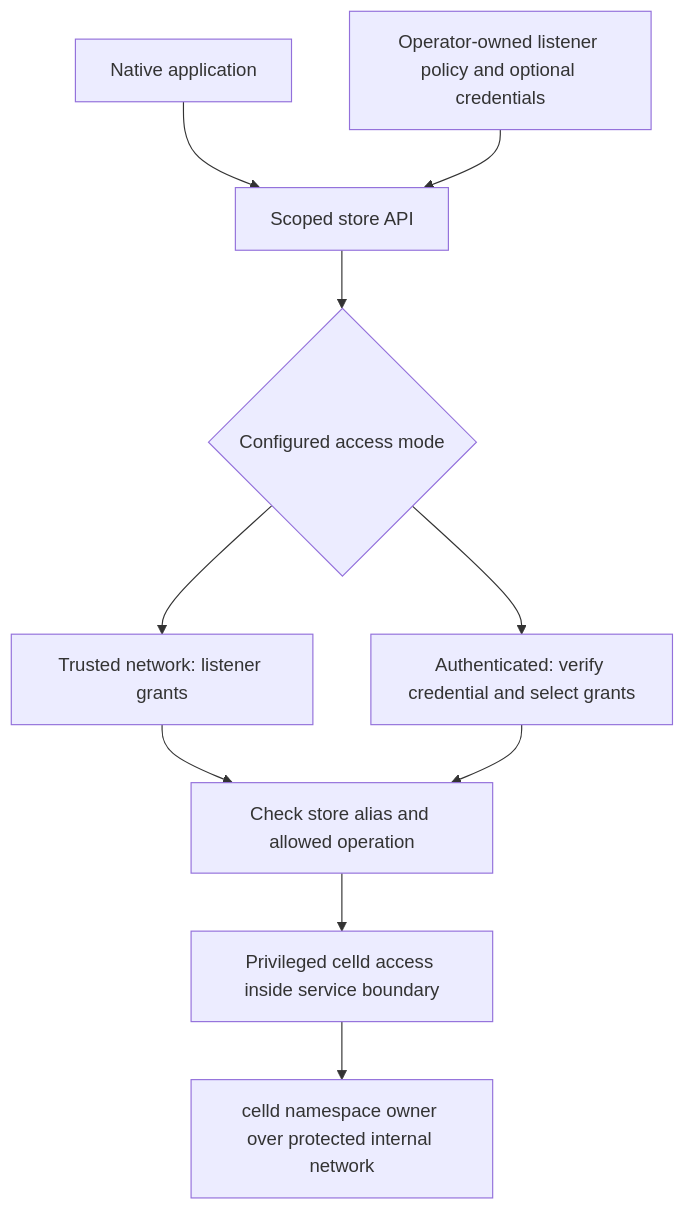
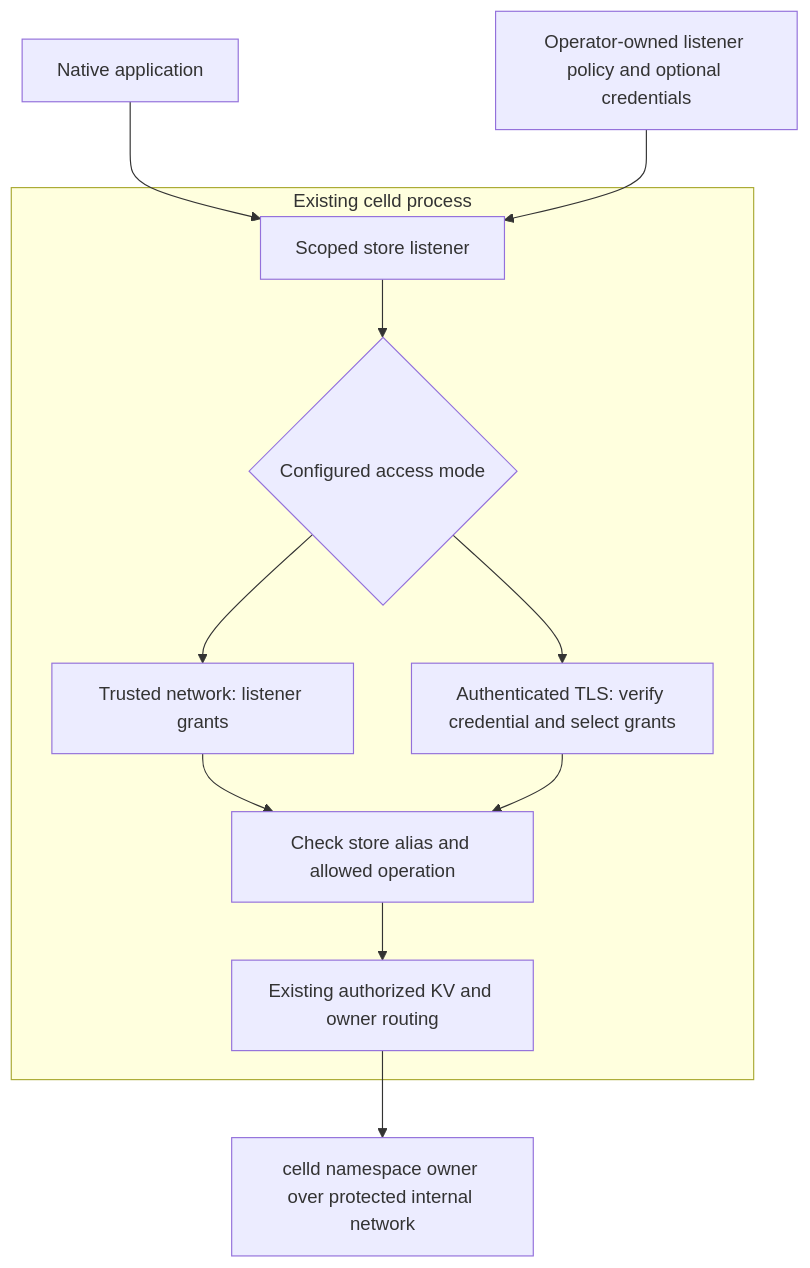
The first of 2 diagrams in docs/superpowers/specs/2026-10-15-native-celld-store-providers-design.md (IABTechLab/edgezero), drawn with Mermaid before and after one commit. The commit also changed other lines of this file and 1 other file, not shown here.

Commit message:
docs: record embedded celld API implementation and proof

````diff
--- a/docs/superpowers/specs/2026-10-15-native-celld-store-providers-design.md
+++ b/docs/superpowers/specs/2026-10-15-native-celld-store-providers-design.md
@@ -53,12 +55,14 @@
 ```mermaid
 flowchart TD
-    App[Native application] --> API[Scoped store API]
-    API --> Mode{Configured access mode}
-    Mode --> Network[Trusted network: listener grants]
-    Mode --> Auth[Authenticated: verify credential and select grants]
-    Network --> Policy[Check store alias and allowed operation]
-    Auth --> Policy
-    Policy --> Client[Privileged celld access inside service boundary]
-    Client --> Fleet[celld namespace owner over protected internal network]
+    App[Native application] --> API
+    subgraph Celld[Existing celld process]
+        API[Scoped store listener] --> Mode{Configured access mode}
+        Mode --> Network[Trusted network: listener grants]
+        Mode --> Auth[Authenticated TLS: verify credential and select grants]
+        Network --> Policy[Check store alias and allowed operation]
+        Auth --> Policy
+        Policy --> Dispatch[Existing authorized KV and owner routing]
+    end
+    Dispatch --> Fleet[celld namespace owner over protected internal network]
     Operator[Operator-owned listener policy and optional credentials] --> API
 ```
````
